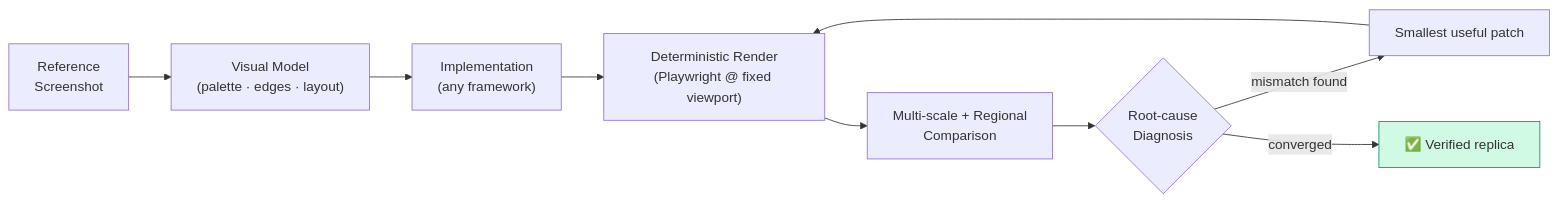
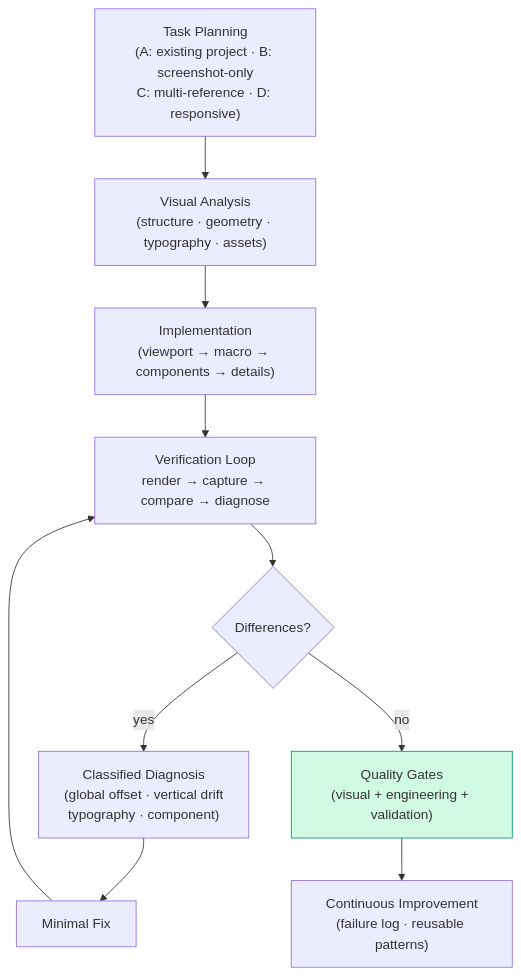
The diagram in README.md (C-surfing/visual-replica-skill), drawn with Mermaid before and after one commit. The commit also changed other lines of this file and 47 other files, not shown here.

Commit message:
v3: replace with Visual Replica Skill Pro — expert workflow edition (methodology-first; v1/v2 toolchain in git history)

````diff
--- a/README.md
+++ b/README.md
@@ -29,12 +32,13 @@
 ```mermaid
-flowchart LR
-    A["Reference<br/>Screenshot"] --> B["Visual Model<br/>(palette · edges · layout)"]
-    B --> C["Implementation<br/>(any framework)"]
-    C --> D["Deterministic Render<br/>(Playwright @ fixed viewport)"]
-    D --> E["Multi-scale + Regional<br/>Comparison"]
-    E --> F{"Root-cause<br/>Diagnosis"}
-    F -->|"mismatch found"| G["Smallest useful patch"]
+flowchart TD
+    A["Task Planning<br/>(A: existing project · B: screenshot-only<br/>C: multi-reference · D: responsive)"] --> B["Visual Analysis<br/>(structure · geometry · typography · assets)"]
+    B --> C["Implementation<br/>(viewport → macro → components → details)"]
+    C --> D["Verification Loop<br/>render → capture → compare → diagnose"]
+    D --> E{"Differences?"}
+    E -->|yes| F["Classified Diagnosis<br/>(global offset · vertical drift<br/>typography · component)"]
+    F --> G["Minimal Fix"]
     G --> D
-    F -->|"converged"| H["✅ Verified replica"]
+    E -->|no| H["Quality Gates<br/>(visual + engineering + validation)"]
+    H --> I["Continuous Improvement<br/>(failure log · reusable patterns)"]
     style H fill:#d1fae5,stroke:#059669
 ```
````
